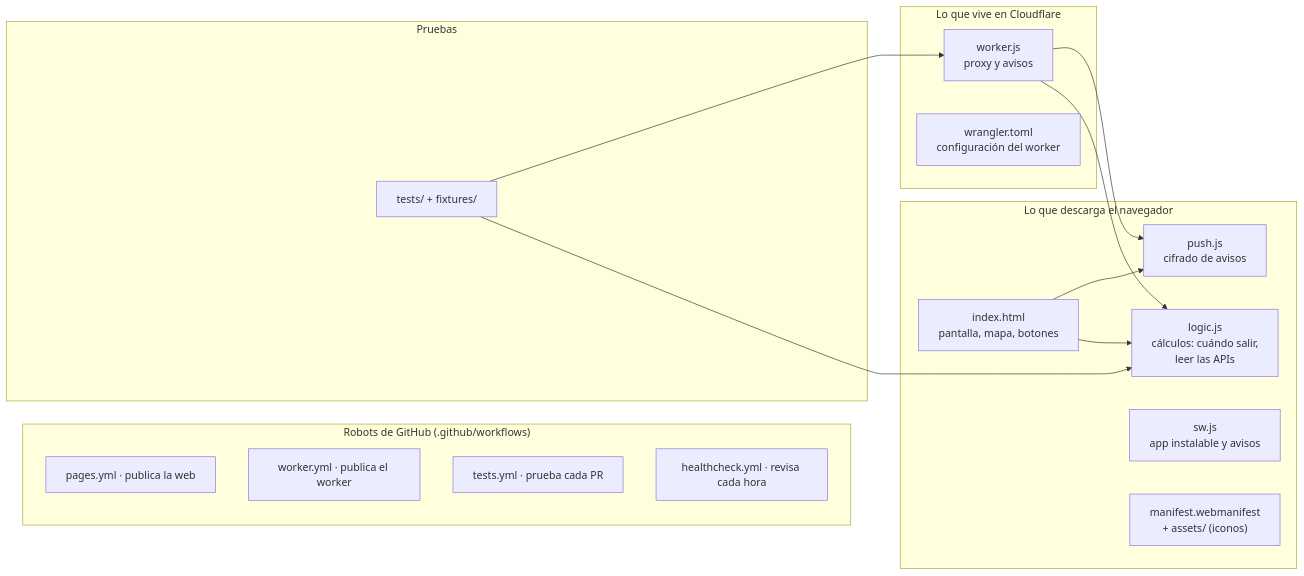
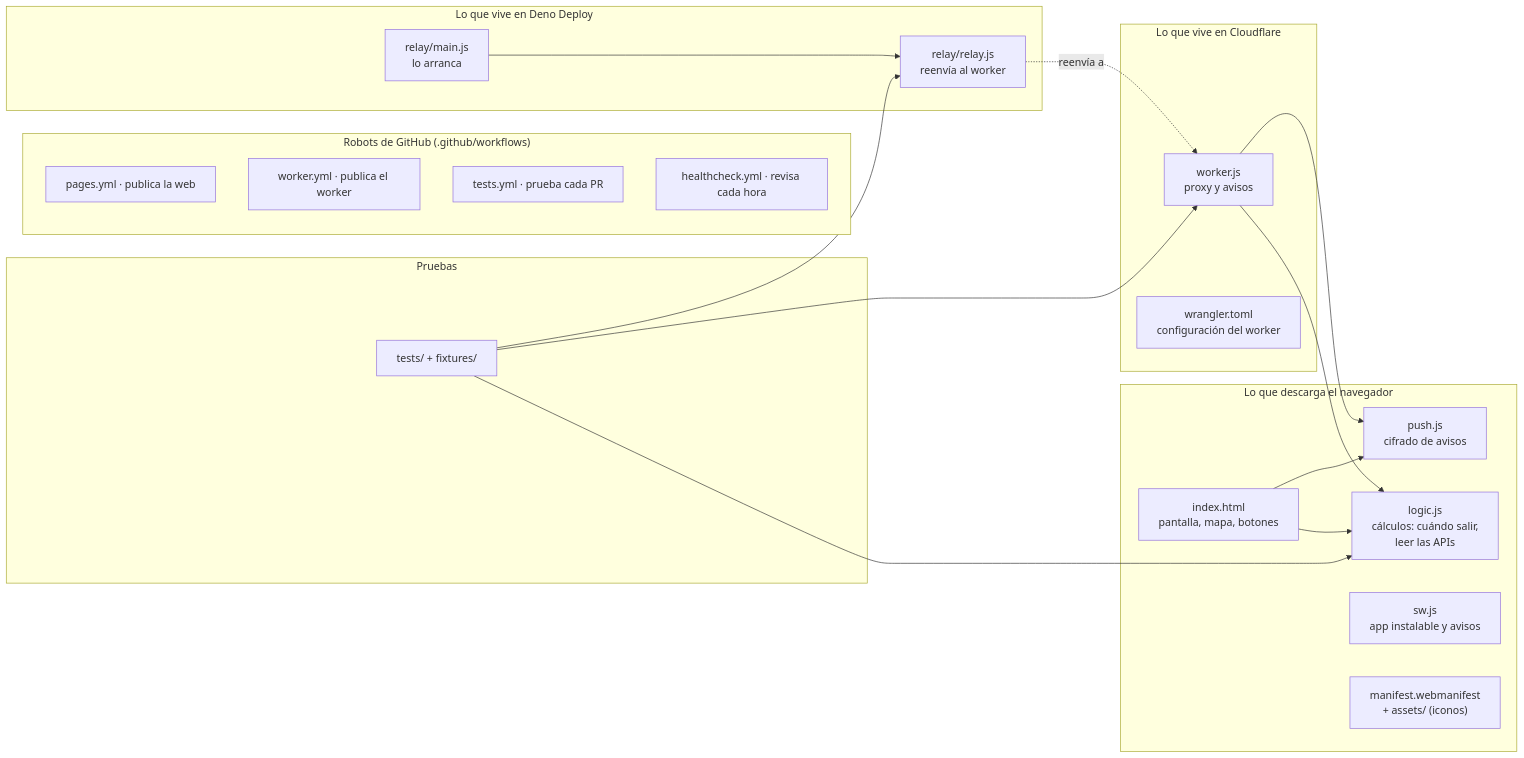
One commit to serbenda/marquesina changed diagram 17 of 17 in docs/GUIA.md. Above: the diagram before and after it, drawn with Mermaid. The commit also changed other lines of this file and 13 other files, not shown here.

````diff
--- a/docs/GUIA.md
+++ b/docs/GUIA.md
@@ -616,29 +796,36 @@
 ```mermaid
 flowchart LR
   subgraph Web["Lo que descarga el navegador"]
     I["index.html<br/>pantalla, mapa, botones"]
     L["logic.js<br/>cálculos: cuándo salir,<br/>leer las APIs"]
     P["push.js<br/>cifrado de avisos"]
     S["sw.js<br/>app instalable y avisos"]
     M["manifest.webmanifest<br/>+ assets/ (iconos)"]
   end
   subgraph Servidor["Lo que vive en Cloudflare"]
     W["worker.js<br/>proxy y avisos"]
     T["wrangler.toml<br/>configuración del worker"]
+  end
+  subgraph Respaldo["Lo que vive en Deno Deploy"]
+    RJ["relay/relay.js<br/>reenvía al worker"]
+    RM["relay/main.js<br/>lo arranca"]
   end
   subgraph Robots["Robots de GitHub (.github/workflows)"]
     R1["pages.yml · publica la web"]
     R2["worker.yml · publica el worker"]
     R3["tests.yml · prueba cada PR"]
     R4["healthcheck.yml · revisa cada hora"]
   end
   subgraph Pruebas["Pruebas"]
     TT["tests/ + fixtures/"]
   end
   I --> L
   I --> P
   W --> L
   W --> P
   TT --> L
   TT --> W
+  TT --> RJ
+  RM --> RJ
+  RJ -. "reenvía a" .-> W
 ```
````
